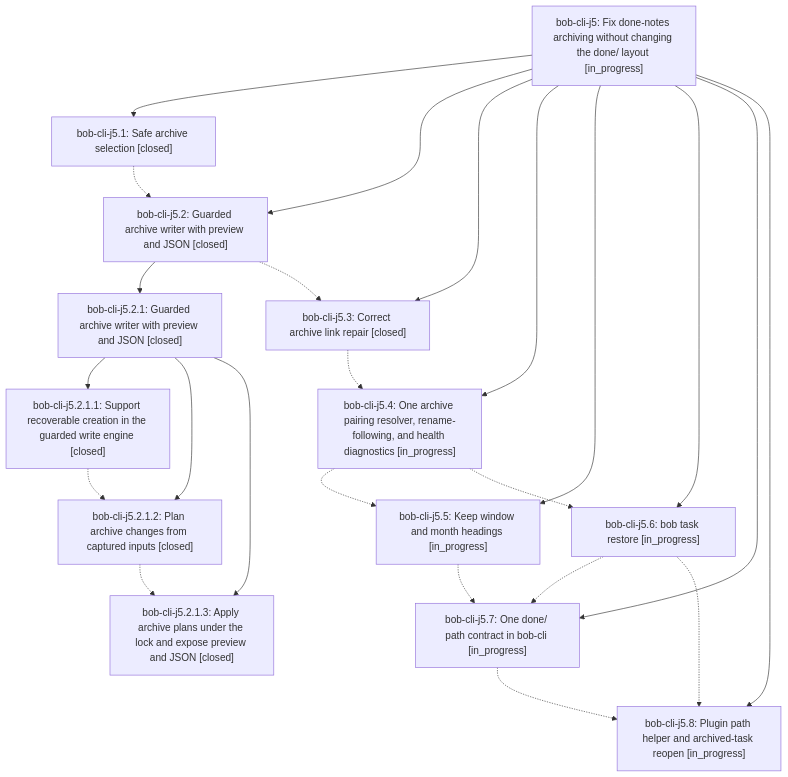
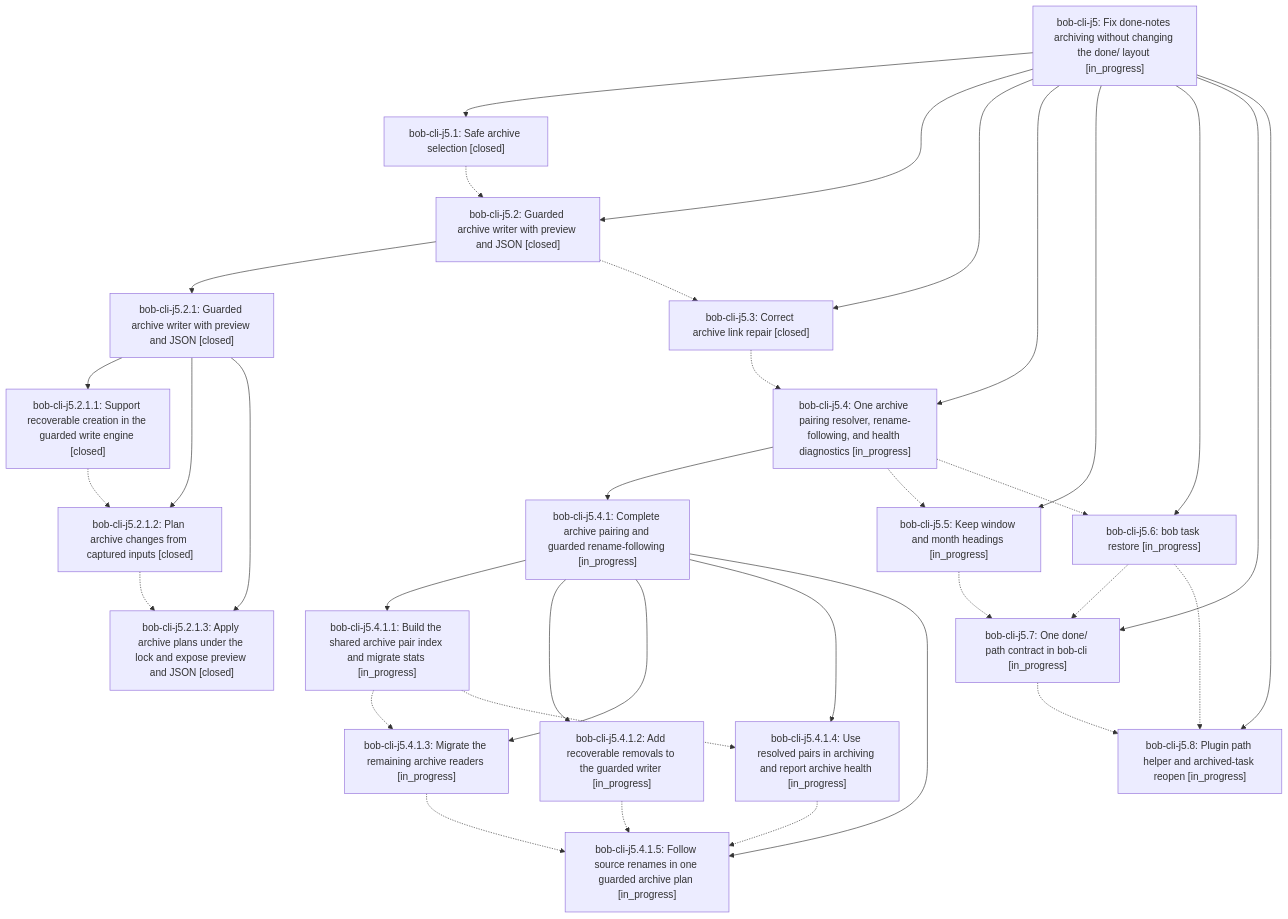
The diagram in pages/bob-cli-j5/README.md (bobs-org/bob-cli--beads), drawn with Mermaid before and after one commit. The commit also changed other lines of this file and 9 other files, not shown here.

First line of the commit message:
chore(beads): sync bead state and pages for bob-cli-j5

````diff
--- a/pages/bob-cli-j5/README.md
+++ b/pages/bob-cli-j5/README.md
@@ -41,39 +41,56 @@
 ```mermaid
 flowchart TD
     n0["bob-cli-j5: Fix done-notes archiving without changing the done/ layout [in_progress]"]
     n1["bob-cli-j5.1: Safe archive selection [closed]"]
     n2["bob-cli-j5.2: Guarded archive writer with preview and JSON [closed]"]
     n3["bob-cli-j5.2.1: Guarded archive writer with preview and JSON [closed]"]
     n4["bob-cli-j5.2.1.1: Support recoverable creation in the guarded write engine [closed]"]
     n5["bob-cli-j5.2.1.2: Plan archive changes from captured inputs [closed]"]
     n6["bob-cli-j5.2.1.3: Apply archive plans under the lock and expose preview and JSON [closed]"]
     n7["bob-cli-j5.3: Correct archive link repair [closed]"]
     n8["bob-cli-j5.4: One archive pairing resolver, rename-following, and health diagnostics [in_progress]"]
-    n9["bob-cli-j5.5: Keep window and month headings [in_progress]"]
-    n10["bob-cli-j5.6: bob task restore [in_progress]"]
-    n11["bob-cli-j5.7: One done/ path contract in bob-cli [in_progress]"]
-    n12["bob-cli-j5.8: Plugin path helper and archived-task reopen [in_progress]"]
+    n9["bob-cli-j5.4.1: Complete archive pairing and guarded rename-following [in_progress]"]
+    n10["bob-cli-j5.4.1.1: Build the shared archive pair index and migrate stats [in_progress]"]
+    n11["bob-cli-j5.4.1.2: Add recoverable removals to the guarded writer [in_progress]"]
+    n12["bob-cli-j5.4.1.3: Migrate the remaining archive readers [in_progress]"]
+    n13["bob-cli-j5.4.1.4: Use resolved pairs in archiving and report archive health [in_progress]"]
+    n14["bob-cli-j5.4.1.5: Follow source renames in one guarded archive plan [in_progress]"]
+    n15["bob-cli-j5.5: Keep window and month headings [in_progress]"]
+    n16["bob-cli-j5.6: bob task restore [in_progress]"]
+    n17["bob-cli-j5.7: One done/ path contract in bob-cli [in_progress]"]
+    n18["bob-cli-j5.8: Plugin path helper and archived-task reopen [in_progress]"]
     n0 --> n1
     n0 --> n2
     n2 --> n3
     n3 --> n4
     n3 --> n5
     n3 --> n6
     n0 --> n7
     n0 --> n8
-    n0 --> n9
-    n0 --> n10
-    n0 --> n11
-    n0 --> n12
+    n8 --> n9
+    n9 --> n10
+    n9 --> n11
+    n9 --> n12
+    n9 --> n13
+    n9 --> n14
+    n0 --> n15
+    n0 --> n16
+    n0 --> n17
+    n0 --> n18
     n1 -.-> n2
     n2 -.-> n7
     n4 -.-> n5
     n5 -.-> n6
     n7 -.-> n8
-    n8 -.-> n9
-    n8 -.-> n10
-    n9 -.-> n11
-    n10 -.-> n11
+    n8 -.-> n15
+    n8 -.-> n16
     n10 -.-> n12
-    n11 -.-> n12
+    n10 -.-> n13
+    n11 -.-> n14
+    n12 -.-> n14
+    n13 -.-> n14
+    n15 -.-> n17
+    n16 -.-> n17
+    n16 -.-> n18
+    n17 -.-> n18
 ```
````
